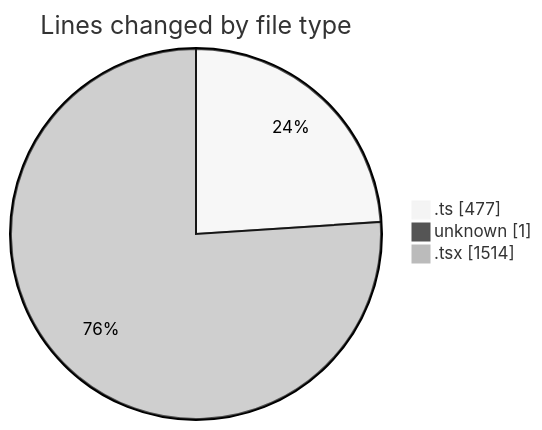
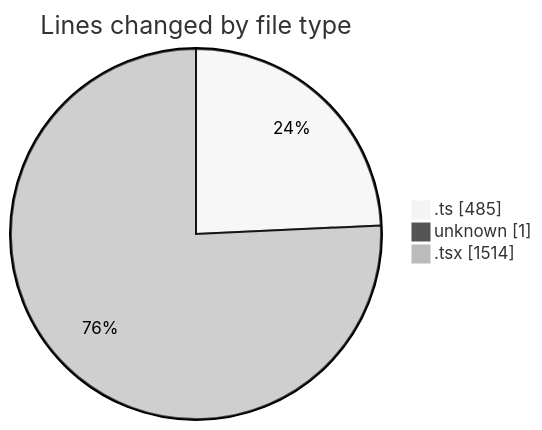
One commit to robertbonfada/code-tracking changed the first of 2 diagrams in 2025-02-17/mbc-web/README.md. Above: the diagram before and after it, drawn with Mermaid (neutral theme). The commit also changed other lines of this file and 1 other file, not shown here.

````diff
--- a/2025-02-17/mbc-web/README.md
+++ b/2025-02-17/mbc-web/README.md
@@ -30,7 +30,7 @@
 ```mermaid
 pie showData
 title Lines changed by file type
-".ts" : 477
+".ts" : 485
 "unknown" : 1
 ".tsx" : 1514
 ```
````
